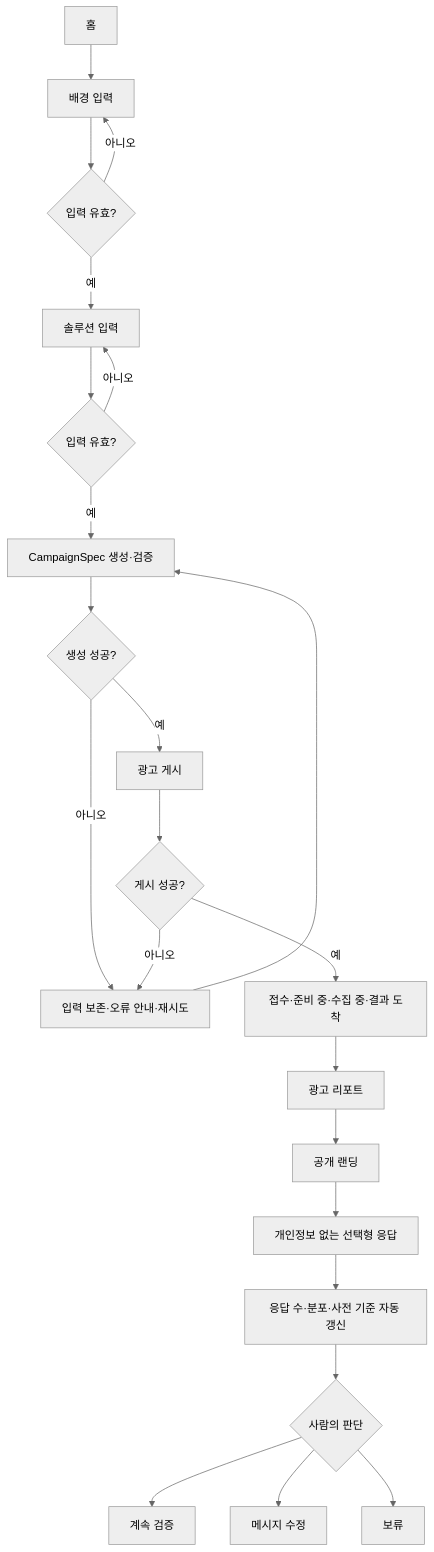
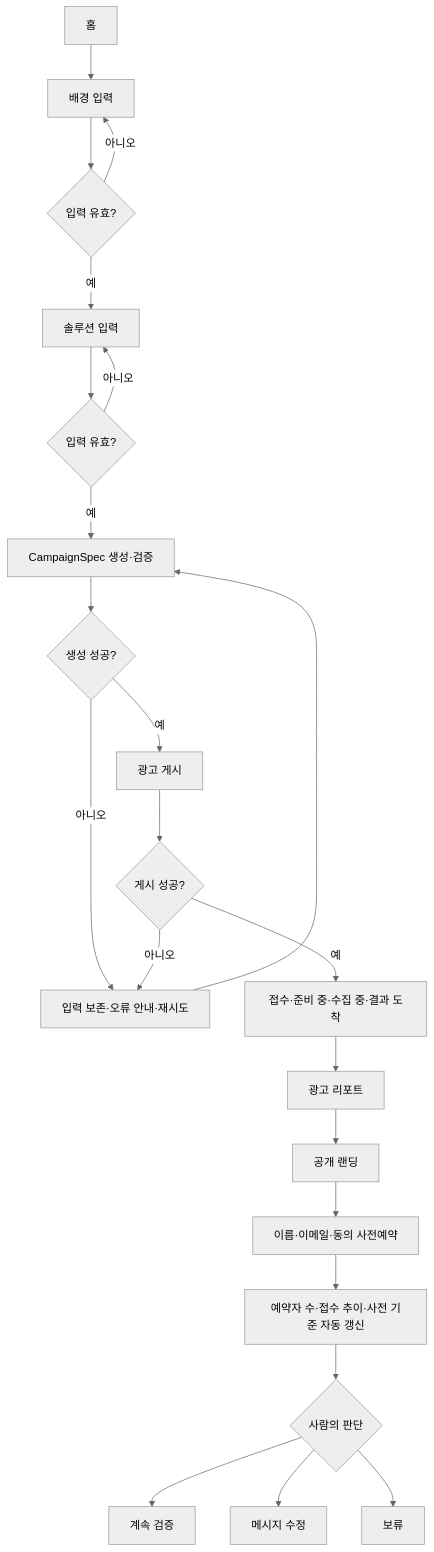
The diagram in docs/user-flow-and-wireframes.md (unithon26/marketvalley), drawn with Mermaid (neutral theme) before and after one commit. The commit also changed other lines of this file and 85 other files, not shown here.

````diff
--- a/docs/user-flow-and-wireframes.md
+++ b/docs/user-flow-and-wireframes.md
@@ -38,25 +38,25 @@
 ```mermaid
 flowchart TD
     A[홈] --> B[배경 입력]
     B --> C{입력 유효?}
     C -- 아니오 --> B
     C -- 예 --> D[솔루션 입력]
     D --> E{입력 유효?}
     E -- 아니오 --> D
     E -- 예 --> F[CampaignSpec 생성·검증]
     F --> G{생성 성공?}
     G -- 아니오 --> H[입력 보존·오류 안내·재시도]
     H --> F
     G -- 예 --> I[광고 게시]
     I --> J{게시 성공?}
     J -- 아니오 --> H
     J -- 예 --> K[접수·준비 중·수집 중·결과 도착]
     K --> L[광고 리포트]
     L --> M[공개 랜딩]
-    M --> N[개인정보 없는 선택형 응답]
-    N --> O[응답 수·분포·사전 기준 자동 갱신]
+    M --> N[이름·이메일·동의 사전예약]
+    N --> O[예약자 수·접수 추이·사전 기준 자동 갱신]
     O --> P{사람의 판단}
     P --> Q[계속 검증]
     P --> R[메시지 수정]
     P --> S[보류]
 ```
````
